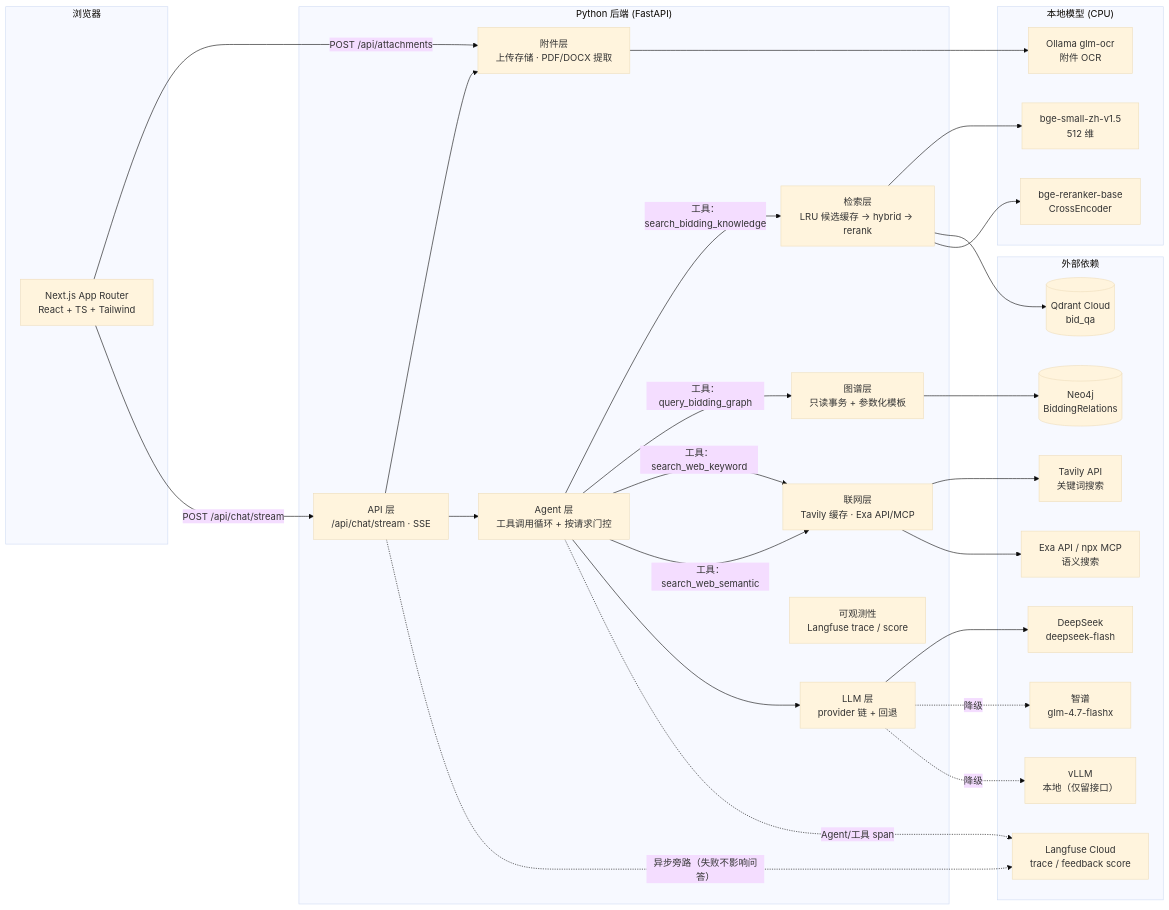
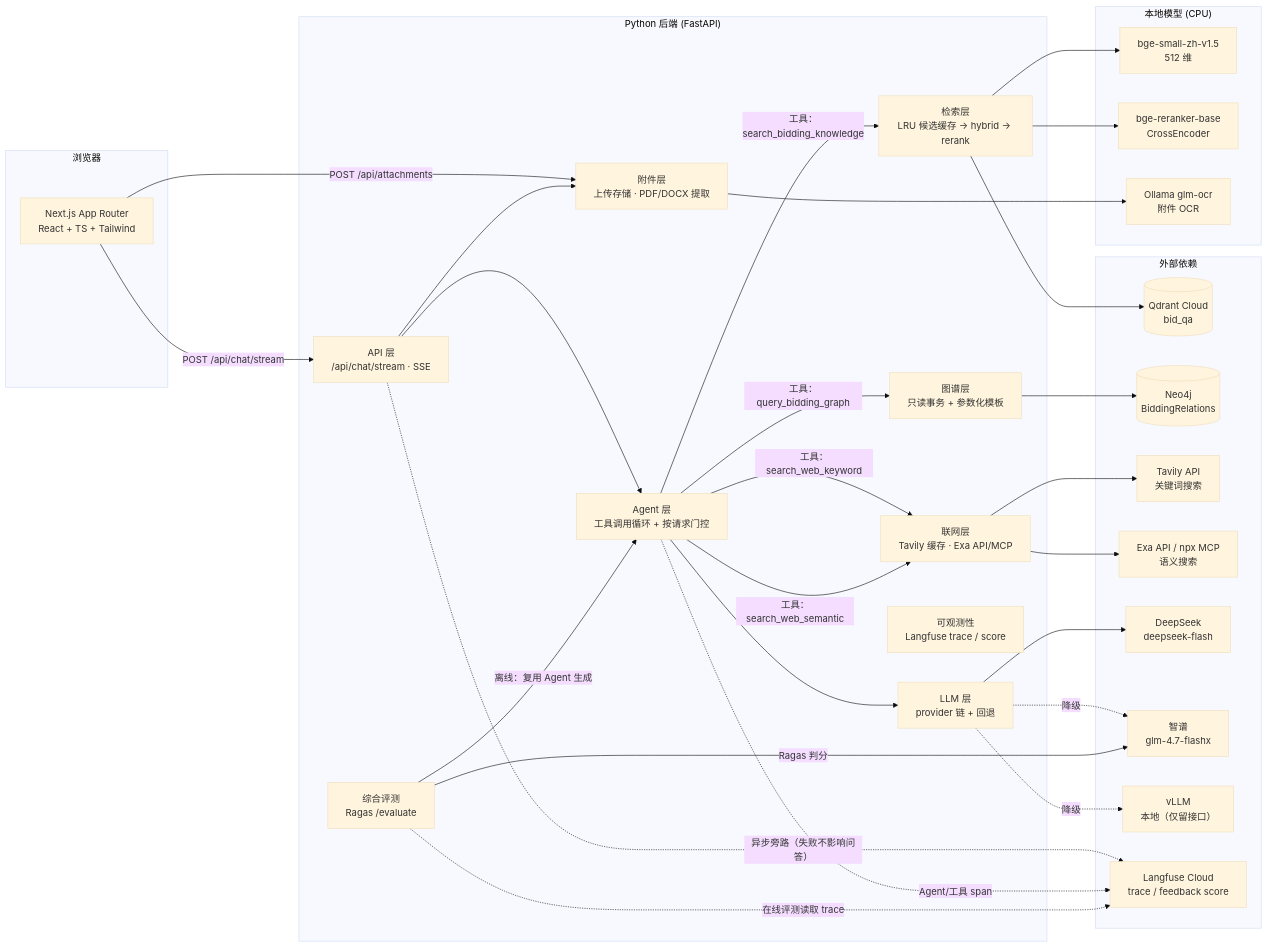
Before and after one commit to HoarHam/Bidding_QA_Chatbot: the first of 2 diagrams in docs/architecture.md, drawn with Mermaid (base theme). The commit also changed 21 other files, not shown here.

````diff
--- a/docs/architecture.md
+++ b/docs/architecture.md
@@ -10,56 +10,60 @@
 ```mermaid
 flowchart LR
     subgraph client["浏览器"]
         UI["Next.js App Router<br/>React + TS + Tailwind"]
     end
 
     subgraph server["Python 后端 (FastAPI)"]
         API["API 层<br/>/api/chat/stream · SSE"]
         AG["Agent 层<br/>工具调用循环 + 按请求门控"]
         RET["检索层<br/>LRU 候选缓存 → hybrid → rerank"]
         GR["图谱层<br/>只读事务 + 参数化模板"]
         WEB["联网层<br/>Tavily 缓存 · Exa API/MCP"]
         ATT["附件层<br/>上传存储 · PDF/DOCX 提取"]
         LLM["LLM 层<br/>provider 链 + 回退"]
         OBS["可观测性<br/>Langfuse trace / score"]
+        EVAL["综合评测<br/>Ragas /evaluate"]
     end
 
     subgraph ext["外部依赖"]
         QD[("Qdrant Cloud<br/>bid_qa")]
         NEO[("Neo4j<br/>BiddingRelations")]
         TV["Tavily API<br/>关键词搜索"]
         EX["Exa API / npx MCP<br/>语义搜索"]
         DS["DeepSeek<br/>deepseek-flash"]
         ZP["智谱<br/>glm-4.7-flashx"]
         VL["vLLM<br/>本地（仅留接口）"]
         LF["Langfuse Cloud<br/>trace / feedback score"]
     end
 
     subgraph local["本地模型 (CPU)"]
         EMB["bge-small-zh-v1.5<br/>512 维"]
         RRK["bge-reranker-base<br/>CrossEncoder"]
         OCR["Ollama glm-ocr<br/>附件 OCR"]
     end
 
     UI -->|"POST /api/attachments"| ATT
     UI -->|"POST /api/chat/stream"| API
     API --> ATT
     ATT --> OCR
     API --> AG
     AG -->|"工具：search_bidding_knowledge"| RET
     RET --> EMB
     RET --> QD
     RET --> RRK
     AG -->|"工具：query_bidding_graph"| GR
     GR --> NEO
     AG -->|"工具：search_web_keyword"| WEB
     AG -->|"工具：search_web_semantic"| WEB
     WEB --> TV
     WEB --> EX
     AG --> LLM
     LLM --> DS
     LLM -.降级.-> ZP
     LLM -.降级.-> VL
     API -.异步旁路（失败不影响问答）.-> LF
     AG -.Agent/工具 span.-> LF
+    EVAL -->|离线：复用 Agent 生成| AG
+    EVAL -->|Ragas 判分| ZP
+    EVAL -.在线评测读取 trace.-> LF
 ```
````
